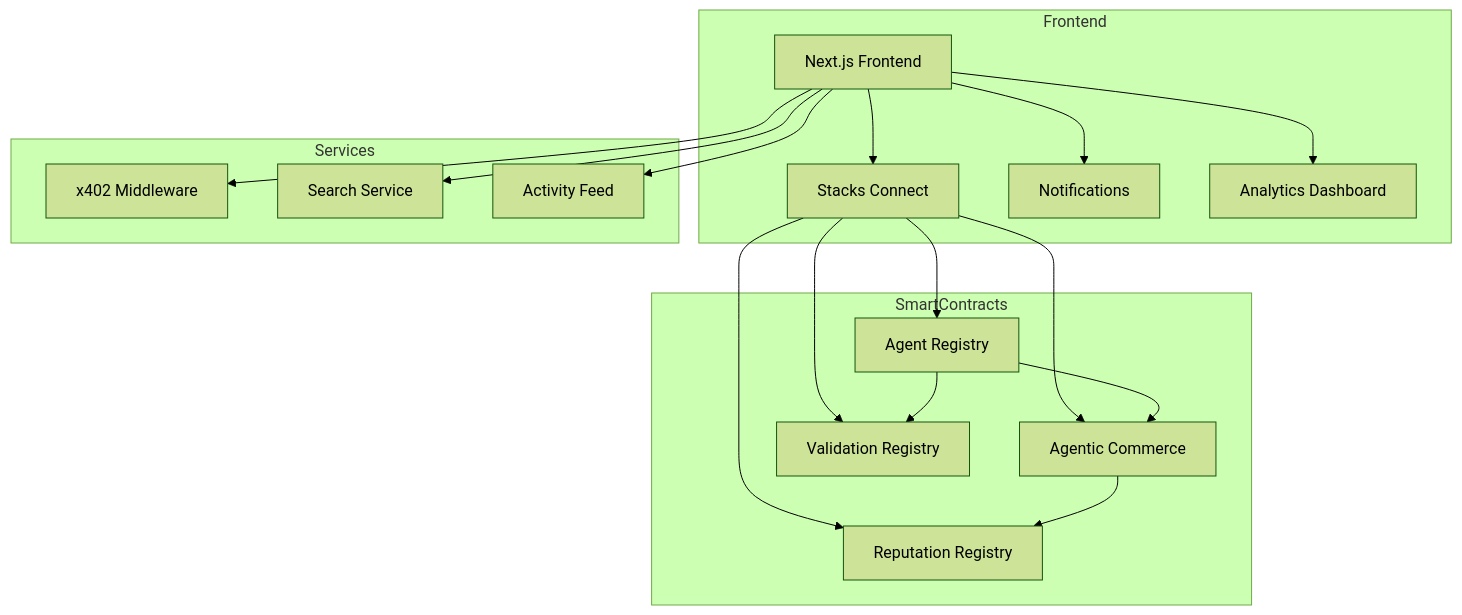
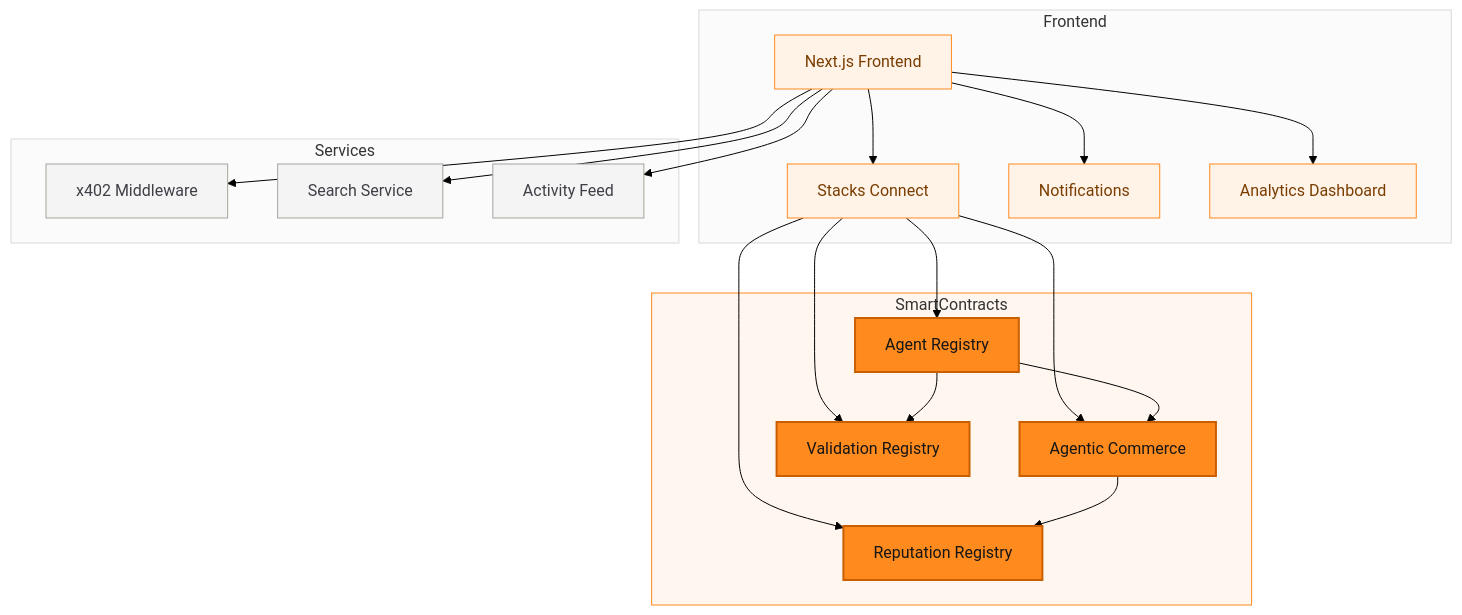
Before and after one commit to PerkOS-xyz/Stacks-Agentic-Commerce: the first of 8 diagrams in README.md, drawn with Mermaid (forest theme). The commit also changed other lines of this file, not shown here.

First line of the commit message:
docs(readme): color mermaid diagrams with Stacks orange

````diff
--- a/README.md
+++ b/README.md
@@ -62,36 +62,47 @@
 ```mermaid
 graph TB
     subgraph Frontend
         UI[Next.js Frontend]
         WC[Stacks Connect]
         NOT[Notifications]
         ANA[Analytics Dashboard]
     end
 
     subgraph SmartContracts
         AR[Agent Registry]
         AC[Agentic Commerce]
         RR[Reputation Registry]
         VR[Validation Registry]
     end
 
     subgraph Services
         XR[x402 Middleware]
         SR[Search Service]
         AF[Activity Feed]
     end
 
     UI --> WC
     WC --> AR
     WC --> AC
     WC --> RR
     WC --> VR
     UI --> NOT
     UI --> ANA
     UI --> XR
     UI --> SR
     UI --> AF
     AR --> AC
     AC --> RR
     AR --> VR
+
+    classDef core fill:#FF8A1E,stroke:#C95F00,stroke-width:2px,color:#161616;
+    classDef app fill:#FFF3E8,stroke:#FF8A1E,color:#7A3D00;
+    classDef svc fill:#F4F4F5,stroke:#A8A39B,color:#3F3F46;
+    class AR,AC,RR,VR core;
+    class UI,WC,NOT,ANA app;
+    class XR,SR,AF svc;
+
+    style SmartContracts fill:#FFF7EF,stroke:#FF8A1E,stroke-width:1px;
+    style Frontend fill:#FBFBFB,stroke:#D9D9DE;
+    style Services fill:#FBFBFB,stroke:#D9D9DE;
 ```
````
